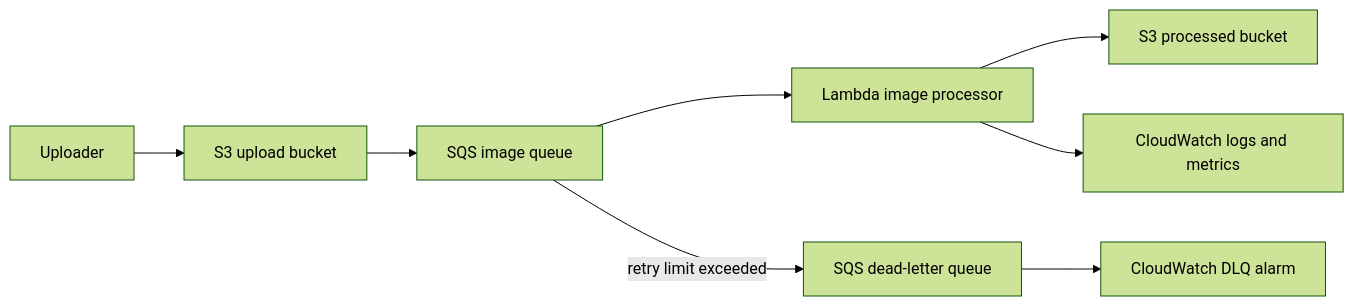
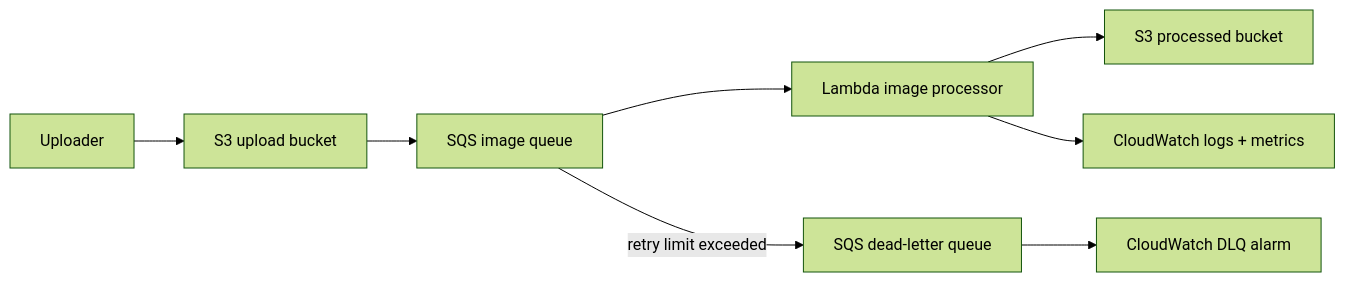
The diagram in README.md (yourclouddude/aws-event-driven-image-pipeline), drawn with Mermaid (forest theme) before and after one commit. The commit also changed other lines of this file, not shown here.

````diff
--- a/README.md
+++ b/README.md
@@ -17,10 +35,10 @@
 ```mermaid
 flowchart LR
     U["Uploader"] --> B1["S3 upload bucket"]
     B1 --> Q["SQS image queue"]
     Q --> L["Lambda image processor"]
     L --> B2["S3 processed bucket"]
     Q -->|"retry limit exceeded"| D["SQS dead-letter queue"]
-    L --> C["CloudWatch logs and metrics"]
+    L --> C["CloudWatch logs + metrics"]
     D --> A["CloudWatch DLQ alarm"]
 ```
````
